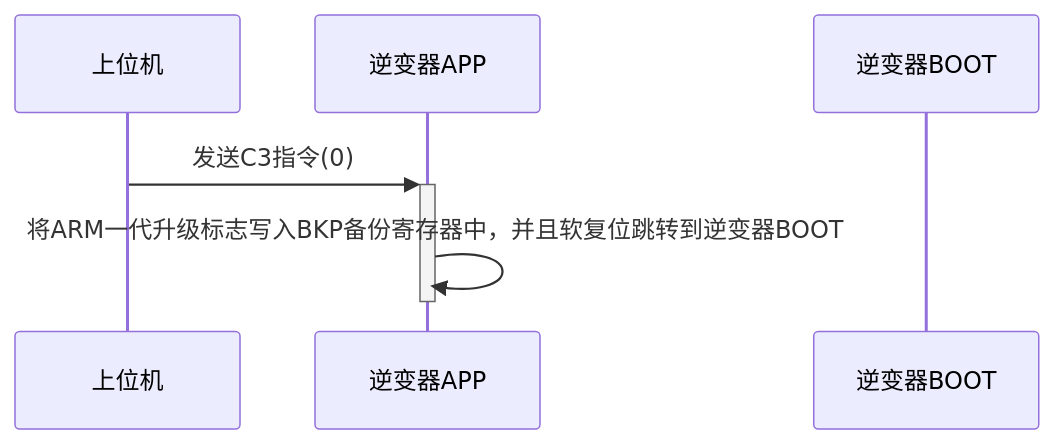
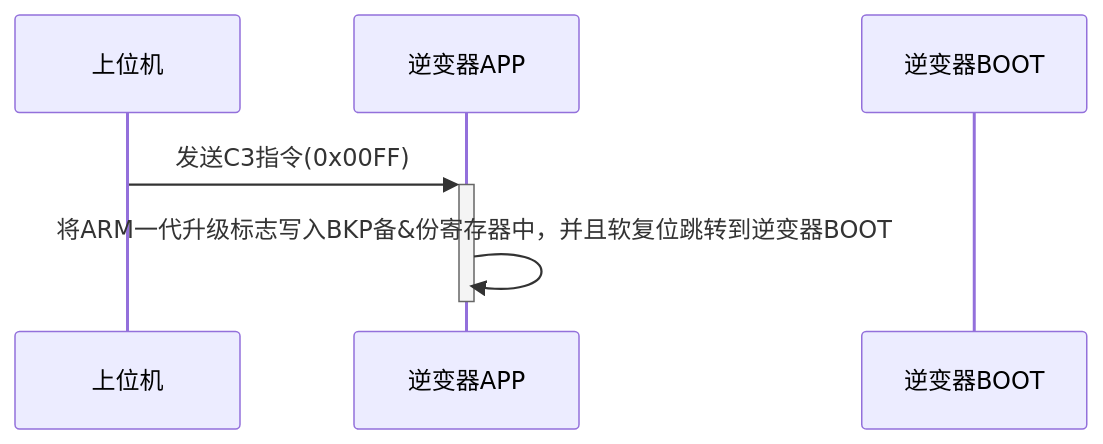
The diagram in all/未命名-2.md (2078142847/iodraw-files), drawn with Mermaid before and after one commit.

Commit message:
2024-05-30 15:18:26 update

````diff
--- a/all/未命名-2.md
+++ b/all/未命名-2.md
@@ -1,11 +1,11 @@
 ```mermaid
 sequenceDiagram
 
     participant A as 上位机
     participant B as 逆变器APP
     participant C as 逆变器BOOT
-    A->>+B: 发送C3指令(0)
-    B->>-B: 将ARM一代升级标志写入BKP备份寄存器中，并且软复位跳转到逆变器BOOT
+    A->>+B: 发送C3指令(0x00FF)
+    B->>-B: 将ARM一代升级标志写入BKP备&份寄存器中，并且软复位跳转到逆变器BOOT
 
     
 ```
````
